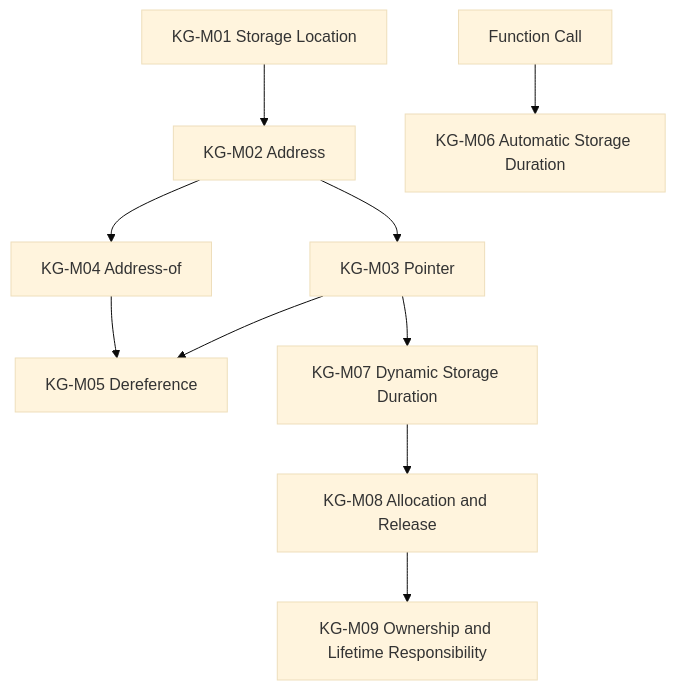
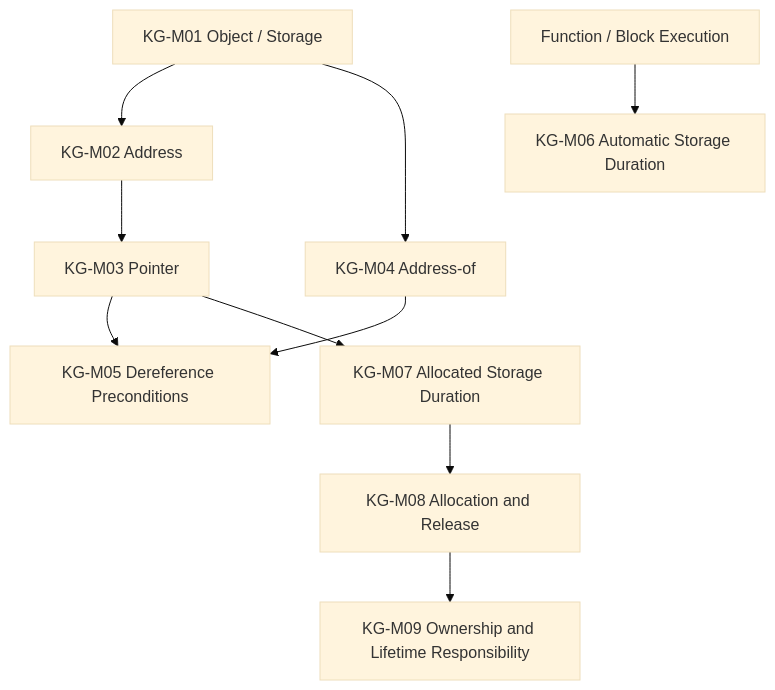
The sixth of 9 diagrams in design/04-programming-language-knowledge-graph.en.md (inred329/summer_pre_course_2026), drawn with Mermaid (base theme) before and after one commit. The commit also changed other lines of this file and 104 other files, not shown here.

````diff
--- a/design/04-programming-language-knowledge-graph.en.md
+++ b/design/04-programming-language-knowledge-graph.en.md
@@ -180,12 +187,12 @@
 ```mermaid
 flowchart TD
-    M01[KG-M01 Storage Location] --> M02[KG-M02 Address]
+    M01[KG-M01 Object / Storage] --> M02[KG-M02 Address]
     M02 --> M03[KG-M03 Pointer]
-    M02 --> M04[KG-M04 Address-of]
-    M03 --> M05[KG-M05 Dereference]
+    M01 --> M04[KG-M04 Address-of]
+    M03 --> M05[KG-M05 Dereference Preconditions]
     M04 --> M05
-    F07[Function Call] --> M06[KG-M06 Automatic Storage Duration]
-    M03 --> M07[KG-M07 Dynamic Storage Duration]
+    F07[Function / Block Execution] --> M06[KG-M06 Automatic Storage Duration]
+    M03 --> M07[KG-M07 Allocated Storage Duration]
     M07 --> M08[KG-M08 Allocation and Release]
     M08 --> M09[KG-M09 Ownership and Lifetime Responsibility]
 ```
````
